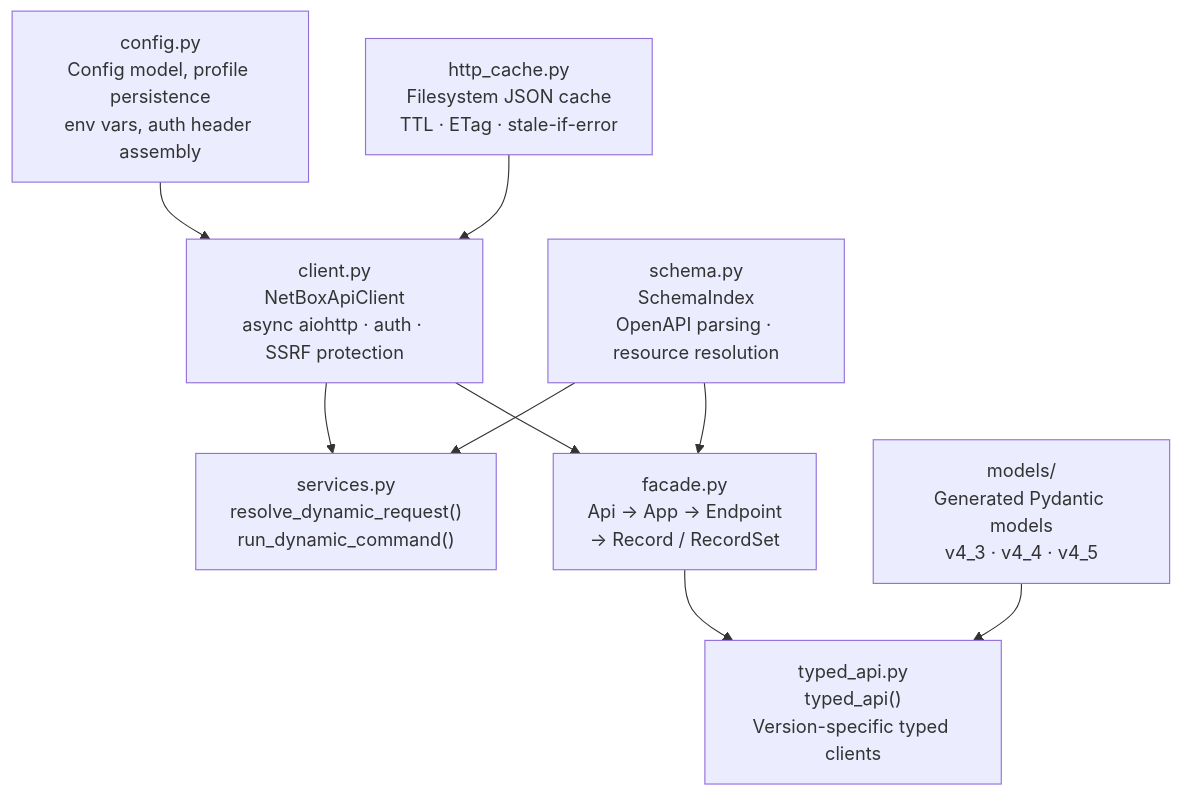
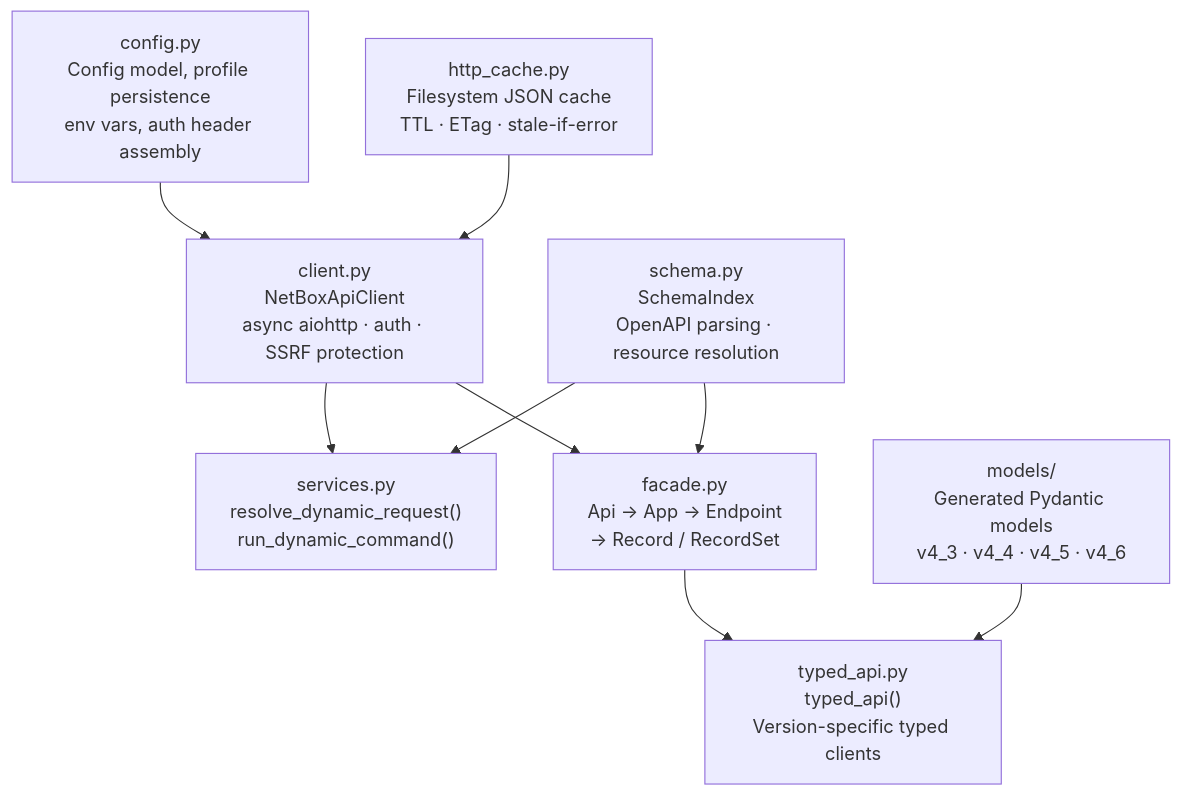
The second of 4 diagrams in docs/developer/architecture.md (emersonfelipesp/netbox-sdk), drawn with Mermaid before and after one commit. The commit also changed other lines of this file and 21 other files, not shown here.

````diff
--- a/docs/developer/architecture.md
+++ b/docs/developer/architecture.md
@@ -30,20 +30,20 @@
 ```mermaid
 flowchart TB
     config["config.py\nConfig model, profile persistence\nenv vars, auth header assembly"]
     cache["http_cache.py\nFilesystem JSON cache\nTTL · ETag · stale-if-error"]
     client["client.py\nNetBoxApiClient\nasync aiohttp · auth · SSRF protection"]
     schema["schema.py\nSchemaIndex\nOpenAPI parsing · resource resolution"]
     services["services.py\nresolve_dynamic_request()\nrun_dynamic_command()"]
     facade["facade.py\nApi → App → Endpoint\n→ Record / RecordSet"]
     typed["typed_api.py\ntyped_api()\nVersion-specific typed clients"]
-    models["models/\nGenerated Pydantic models\nv4_3 · v4_4 · v4_5"]
+    models["models/\nGenerated Pydantic models\nv4_3 · v4_4 · v4_5 · v4_6"]
 
     config --> client
     cache --> client
     schema --> services
     client --> services
     client --> facade
     schema --> facade
     facade --> typed
     models --> typed
 ```
````
